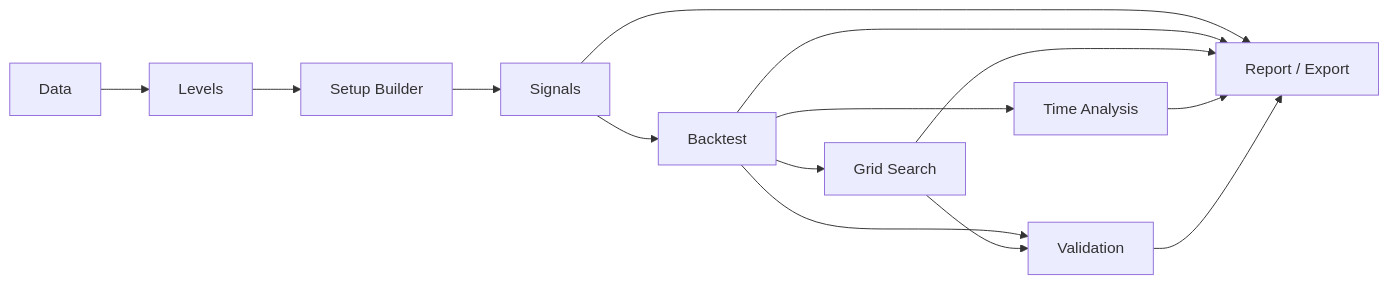
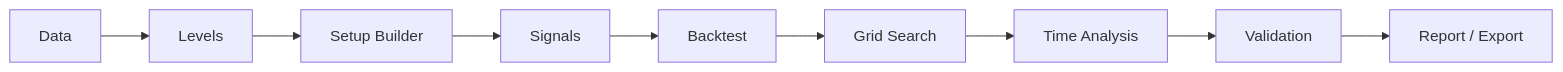
One commit to AccumuLatata/ThesisTester changed the diagram in docs/ARCHITECTURE.md. Above: the diagram before and after it, drawn with Mermaid.

Commit message:
Adjust architecture flow diagram sequence

````diff
--- a/docs/ARCHITECTURE.md
+++ b/docs/ARCHITECTURE.md
@@ -5,16 +5,11 @@
 ```mermaid
 flowchart LR
     A[Data] --> B[Levels]
     B --> C[Setup Builder]
     C --> D[Signals]
     D --> E[Backtest]
     E --> F[Grid Search]
-    E --> G[Time Analysis]
-    E --> H[Validation]
-    F --> H
-    D --> I[Report / Export]
-    E --> I
-    F --> I
-    G --> I
-    H --> I
+    F --> G[Time Analysis]
+    G --> H[Validation]
+    H --> I[Report / Export]
 ```
````
